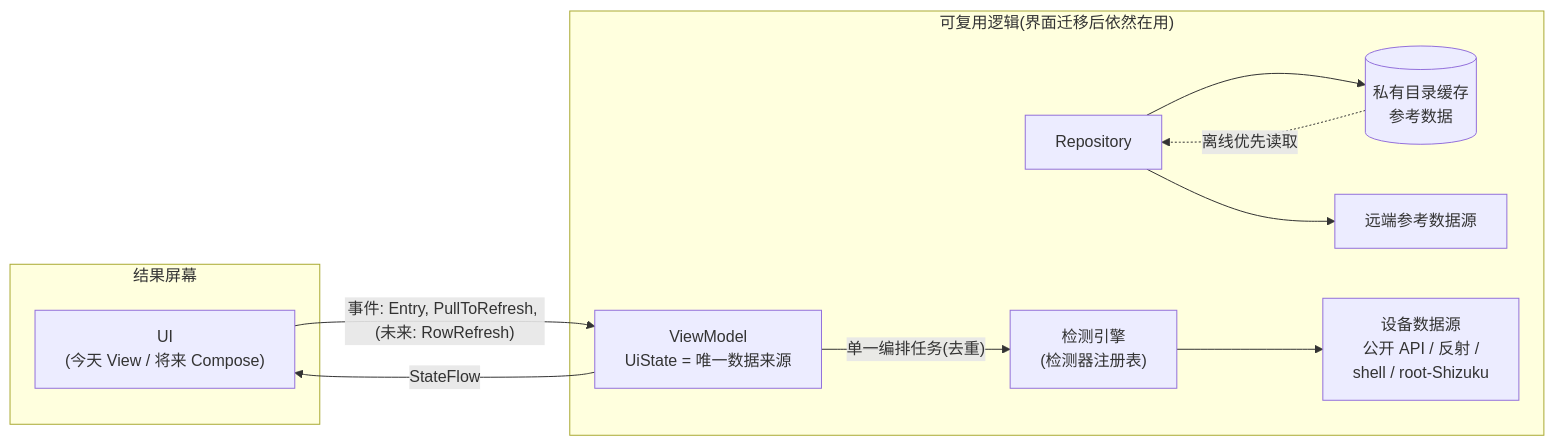
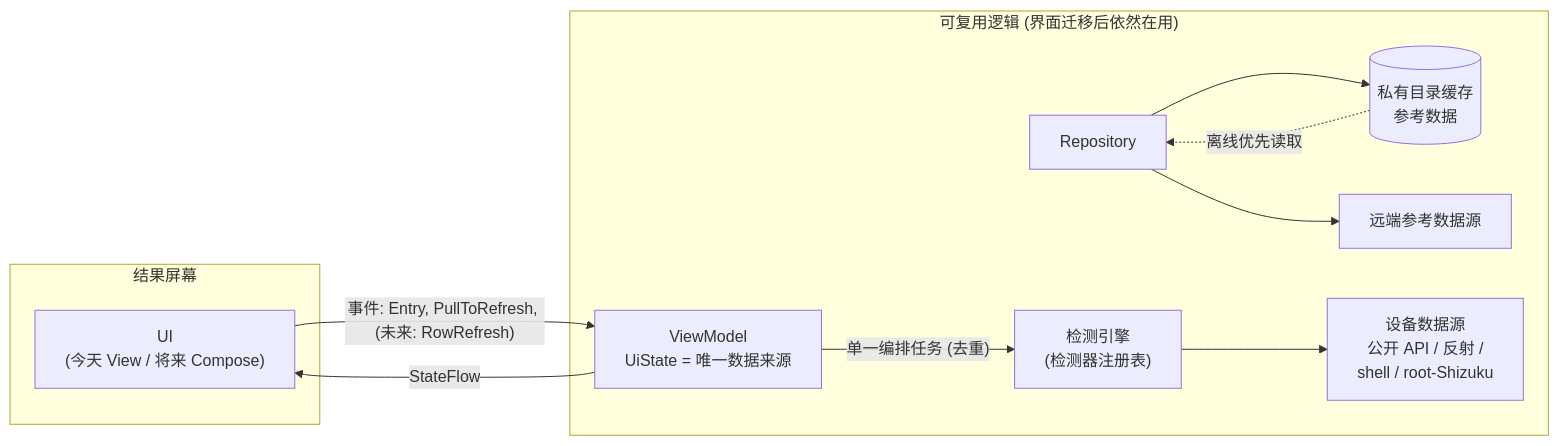
Before and after one commit to imknown/AndroidLowLevelDetector: the second of 3 diagrams in docs/spec-cn/04-architecture-and-decisions.md, drawn with Mermaid. The commit also changed other lines of this file and 31 other files, not shown here.

````diff
--- a/docs/spec-cn/04-architecture-and-decisions.md
+++ b/docs/spec-cn/04-architecture-and-decisions.md
@@ -65,21 +65,21 @@
 ```mermaid
 flowchart LR
     subgraph Screen["结果屏幕"]
         Ui["UI<br/>(今天 View / 将来 Compose)"]
     end
-    subgraph Logic["可复用逻辑(界面迁移后依然在用)"]
+    subgraph Logic["可复用逻辑 (界面迁移后依然在用)"]
         ViewModel["ViewModel<br/>UiState = 唯一数据来源"]
         Repository["Repository"]
         Engine["检测引擎<br/>(检测器注册表)"]
         Cache[("私有目录缓存<br/>参考数据")]
         Remote["远端参考数据源"]
         Probes["设备数据源<br/>公开 API / 反射 /<br/>shell / root-Shizuku"]
     end
     Ui -- "事件: Entry, PullToRefresh, (未来: RowRefresh)" --> ViewModel
-    ViewModel -- "单一编排任务(去重)" --> Engine
+    ViewModel -- "单一编排任务 (去重)" --> Engine
     Engine --> Probes
     Repository --> Cache
     Repository --> Remote
     Cache -. "离线优先读取" .-> Repository
     ViewModel -- "StateFlow<UiState>" --> Ui
 ```
````
